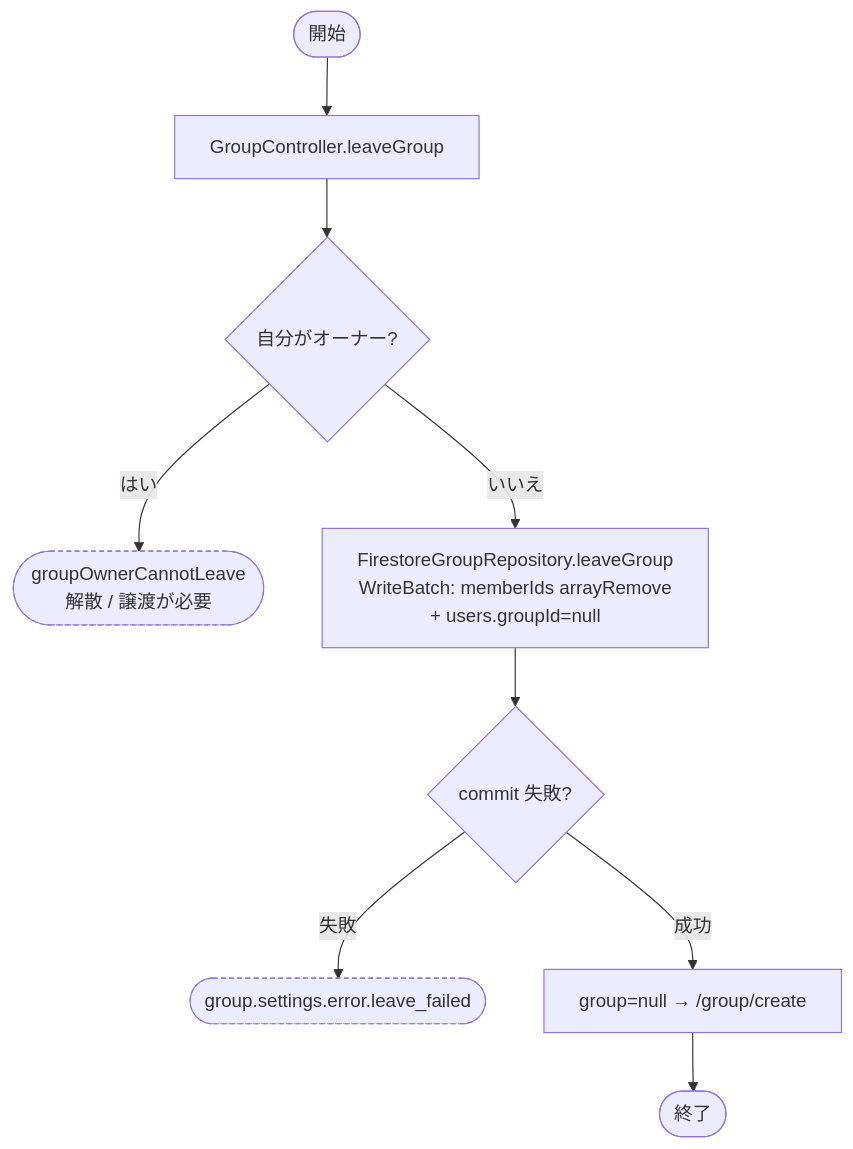
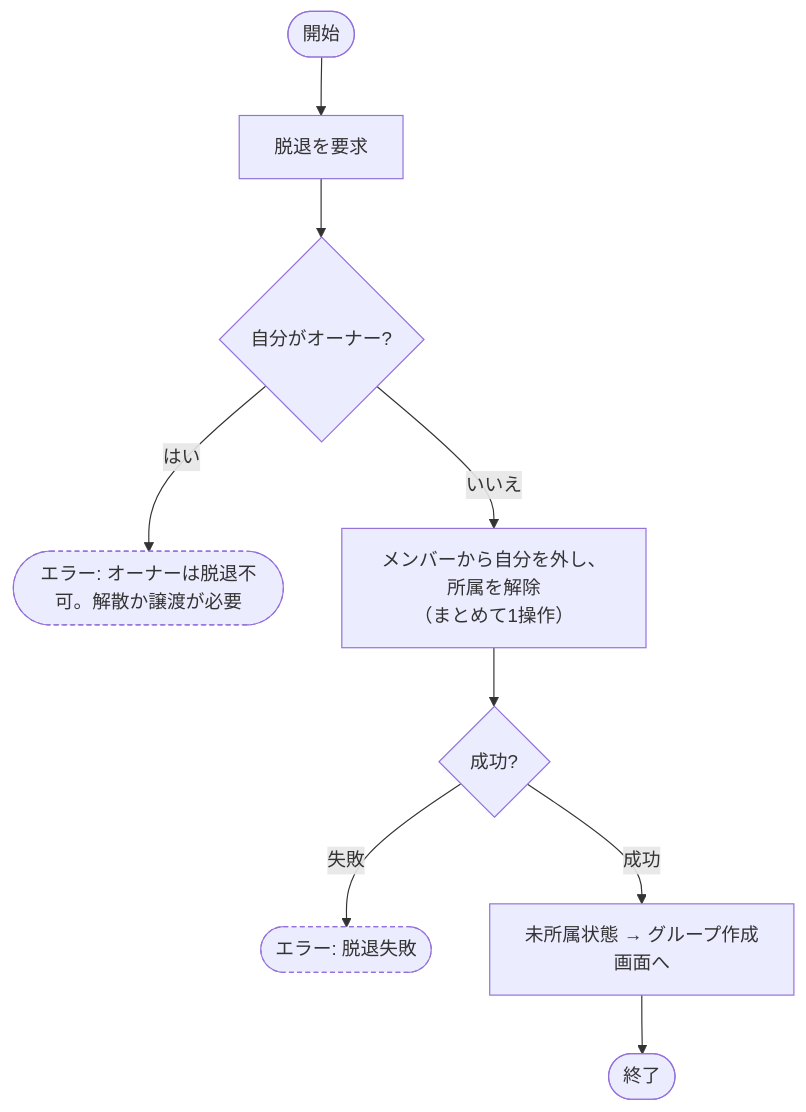
Before and after one commit to ekusy/shopping-list-app-flutter: the ninth of 28 diagrams in docs/内部設計/アクティビティ図.md, drawn with Mermaid. The commit also changed other lines of this file, not shown here.

First line of the commit message:
docs: アクティビティ図を処理の流れ・分岐の説明に集中させて改稿

````diff
--- a/docs/内部設計/アクティビティ図.md
+++ b/docs/内部設計/アクティビティ図.md
@@ -161,12 +150,12 @@
 ```mermaid
 flowchart TD
-    S([開始]) --> C[GroupController.leaveGroup]
-    C --> Q1{自分がオーナー?}
-    Q1 -->|はい| E1([groupOwnerCannotLeave<br/>解散 / 譲渡が必要]):::err
-    Q1 -->|いいえ| B[FirestoreGroupRepository.leaveGroup\nWriteBatch: memberIds arrayRemove\n+ users.groupId=null]
-    B --> Q2{commit 失敗?}
-    Q2 -->|失敗| E2([group.settings.error.leave_failed]):::err
-    Q2 -->|成功| OK[group=null → /group/create]
+    S([開始]) --> REQ[脱退を要求]
+    REQ --> Q1{自分がオーナー?}
+    Q1 -->|はい| E1([エラー: オーナーは脱退不可。解散か譲渡が必要]):::err
+    Q1 -->|いいえ| B[メンバーから自分を外し、所属を解除\n（まとめて1操作）]
+    B --> Q2{成功?}
+    Q2 -->|失敗| E2([エラー: 脱退失敗]):::err
+    Q2 -->|成功| OK[未所属状態 → グループ作成画面へ]
     OK --> E([終了])
     classDef err stroke-dasharray: 4 3
 ```
````
